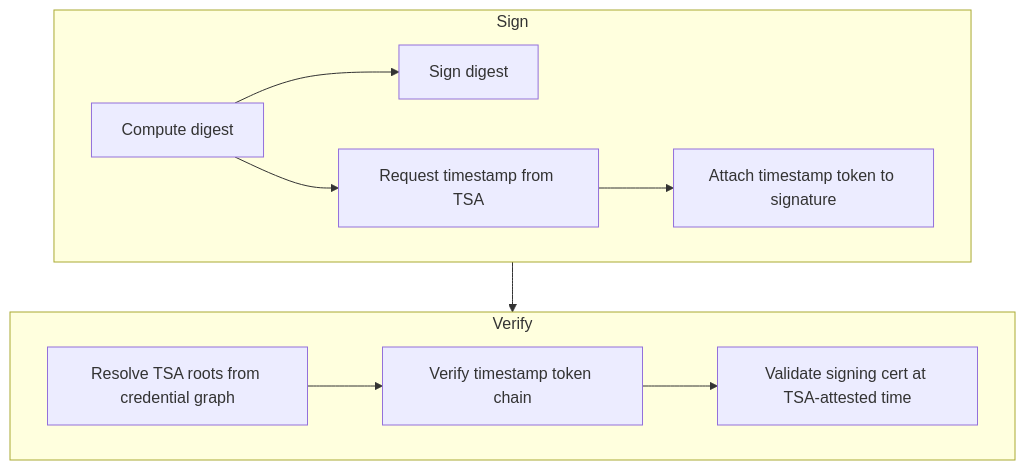
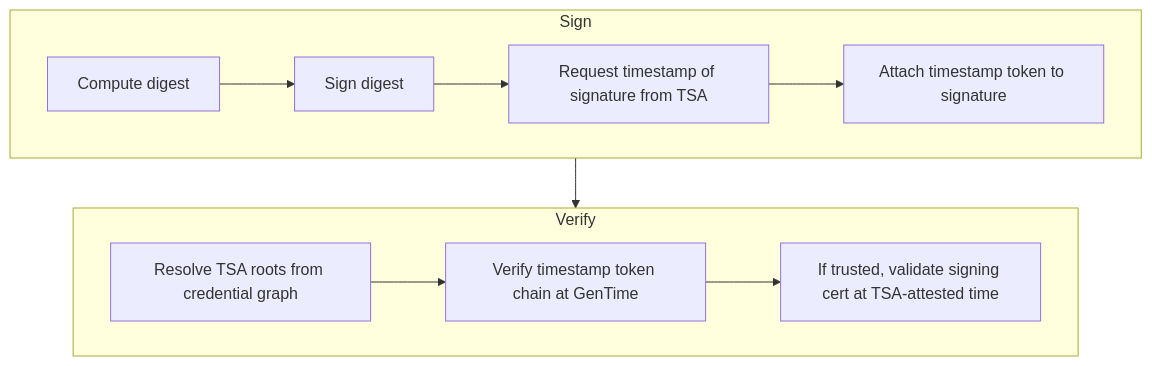
Before and after one commit to matthiasbruns/open-component-model: the second of 2 diagrams in website/content/docs/concepts/signing-and-verification-concept.md, drawn with Mermaid. The commit also changed other lines of this file and 11 other files, not shown here.

First line of the commit message:
fix(signing): harden RFC 3161 TSA timestamp trust model

````diff
--- a/website/content/docs/concepts/signing-and-verification-concept.md
+++ b/website/content/docs/concepts/signing-and-verification-concept.md
@@ -381,13 +384,13 @@
 ```mermaid
 flowchart TB
     subgraph sign ["Sign"]
         A[Compute digest] --> B[Sign digest]
-        A --> C[Request timestamp from TSA]
+        B --> C[Request timestamp of signature from TSA]
         C --> D["Attach timestamp token to signature"]
     end
     sign --> V
     subgraph V ["Verify"]
-        E[Resolve TSA roots from credential graph] --> F[Verify timestamp token chain]
-        F --> G["Validate signing cert at TSA-attested time"]
+        E[Resolve TSA roots from credential graph] --> F[Verify timestamp token chain at GenTime]
+        F --> G["If trusted, validate signing cert at TSA-attested time"]
     end
 ```
````
